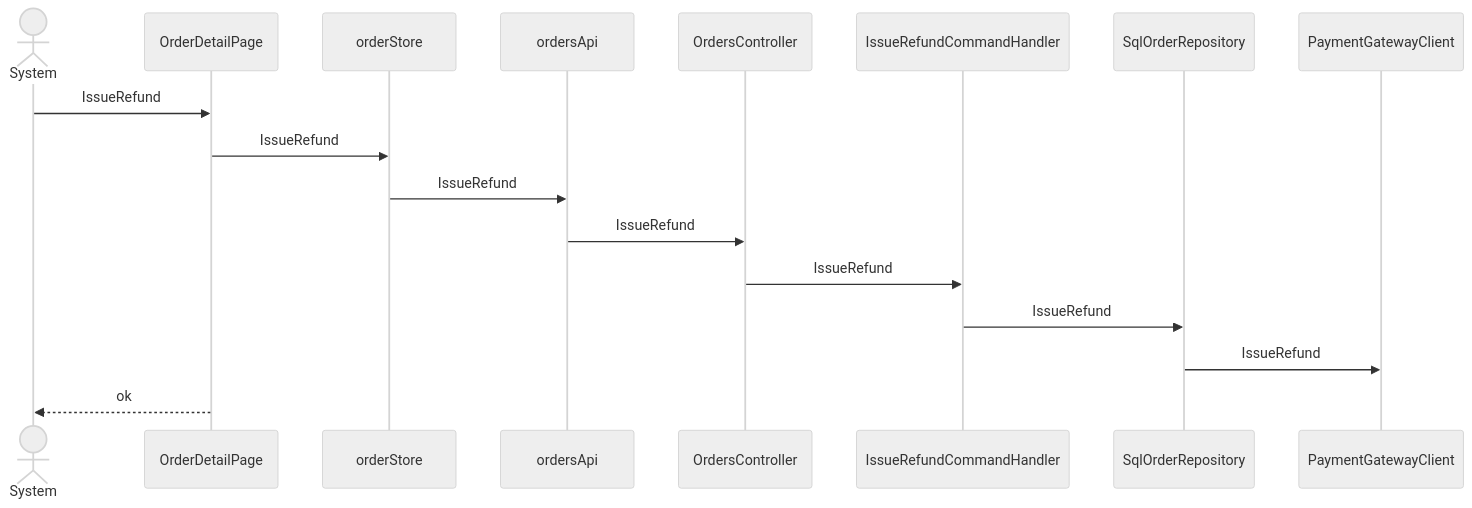
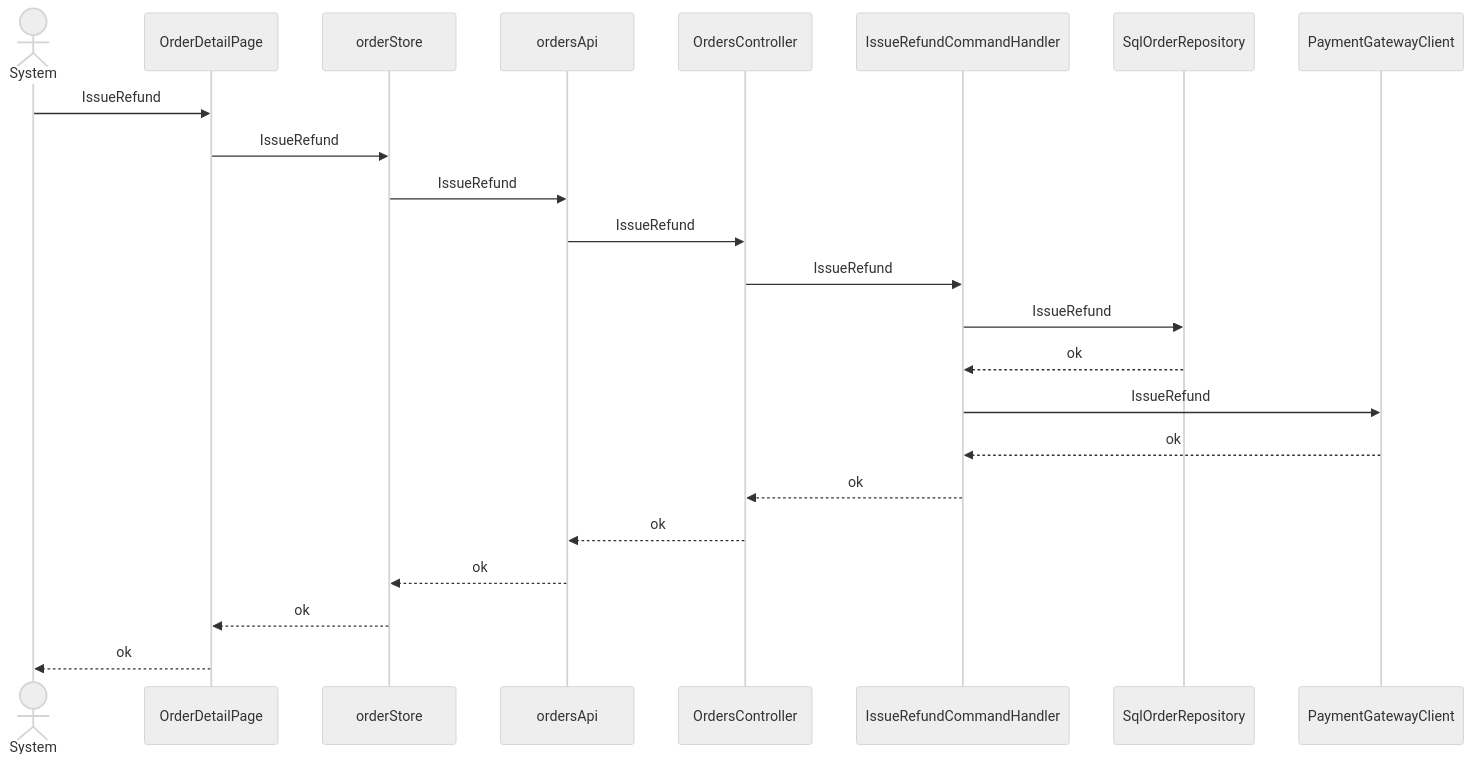
Before and after one commit to pin0513/AITools: the fifth of 6 diagrams in skills/spec-dev-process/examples/matrix/fs-front-en-s1/specs/rd/order-cancel/spec/30-architecture-c4.md, drawn with Mermaid (neutral theme). The commit also changed other lines of this file and 257 other files, not shown here.

````diff
--- a/skills/spec-dev-process/examples/matrix/fs-front-en-s1/specs/rd/order-cancel/spec/30-architecture-c4.md
+++ b/skills/spec-dev-process/examples/matrix/fs-front-en-s1/specs/rd/order-cancel/spec/30-architecture-c4.md
@@ -131,19 +137,25 @@
 ```mermaid
 sequenceDiagram
   actor U as System
   participant CMP001 as OrderDetailPage
   participant CMP004 as orderStore
   participant CMP005 as ordersApi
   participant CMP006 as OrdersController
   participant CMP008 as IssueRefundCommandHandler
   participant CMP010 as SqlOrderRepository
   participant CMP011 as PaymentGatewayClient
   U->>CMP001: IssueRefund
   CMP001->>CMP004: IssueRefund
   CMP004->>CMP005: IssueRefund
   CMP005->>CMP006: IssueRefund
   CMP006->>CMP008: IssueRefund
   CMP008->>CMP010: IssueRefund
-  CMP010->>CMP011: IssueRefund
+  CMP010-->>CMP008: ok
+  CMP008->>CMP011: IssueRefund
+  CMP011-->>CMP008: ok
+  CMP008-->>CMP006: ok
+  CMP006-->>CMP005: ok
+  CMP005-->>CMP004: ok
+  CMP004-->>CMP001: ok
   CMP001-->>U: ok
 ```
````
